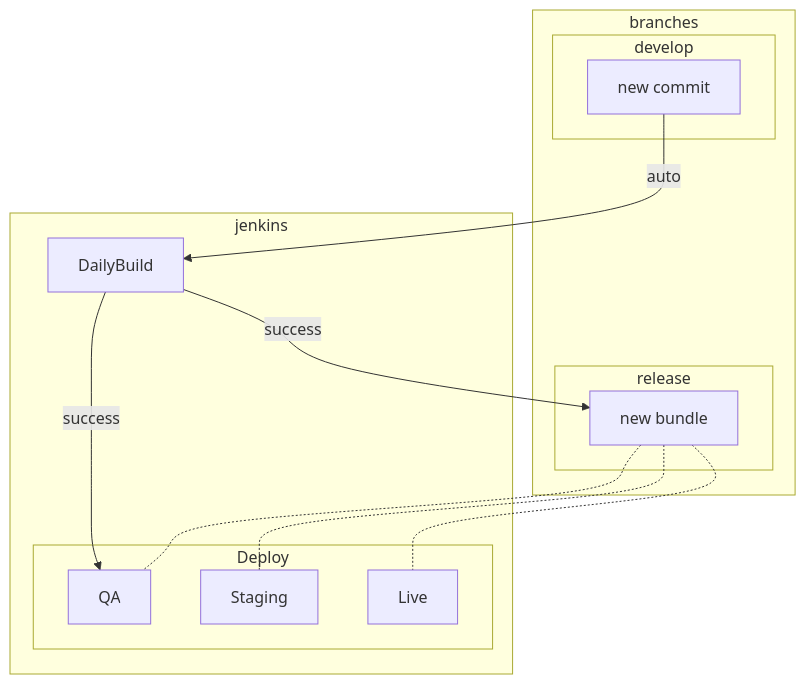
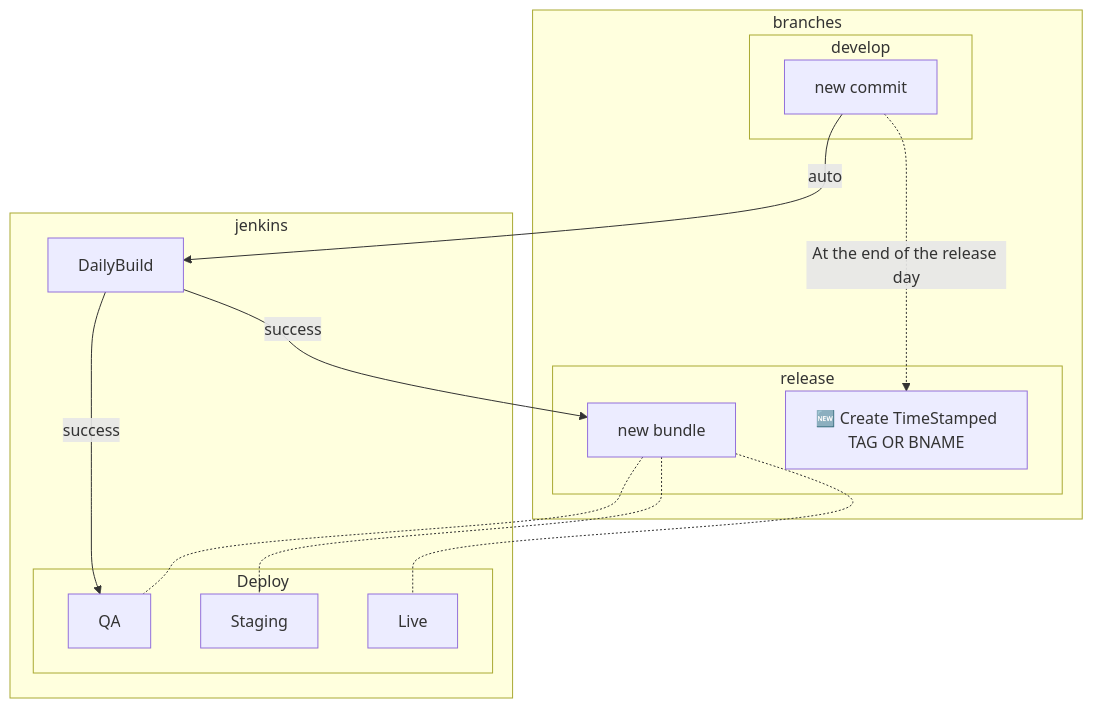
The diagram in responsive-activity-renderer/tbhw/README.md (saury/devOps), drawn with Mermaid before and after one commit. The commit also changed 2 other files, not shown here.

Commit message:
feat: add deploy script for tb template engine

````diff
--- a/responsive-activity-renderer/tbhw/README.md
+++ b/responsive-activity-renderer/tbhw/README.md
@@ -3,25 +3,26 @@
 ```mermaid
 graph TD;
     subgraph branches
     subgraph develop
         C[new commit]
     end
     subgraph release
         RB[new bundle]
+        C-.At the end of the release day.->DRegular["🆕 Create TimeStamped <br> TAG OR BNAME"]
     end
     end
     subgraph jenkins
         C --> |auto|B["DailyBuild"]
         B --> |success|RB
         B --> |success|DQ
 
         subgraph Deploy
             DQ["QA"]
             DS["Staging"]
             DL["Live"]
             RB -.- DQ
             RB -.- DS
             RB -.- DL
         end
     end
 ```
````
